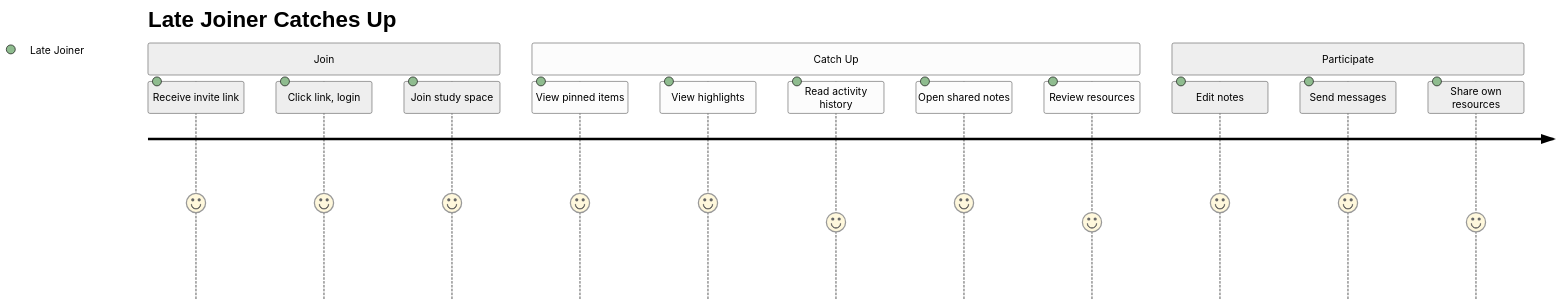
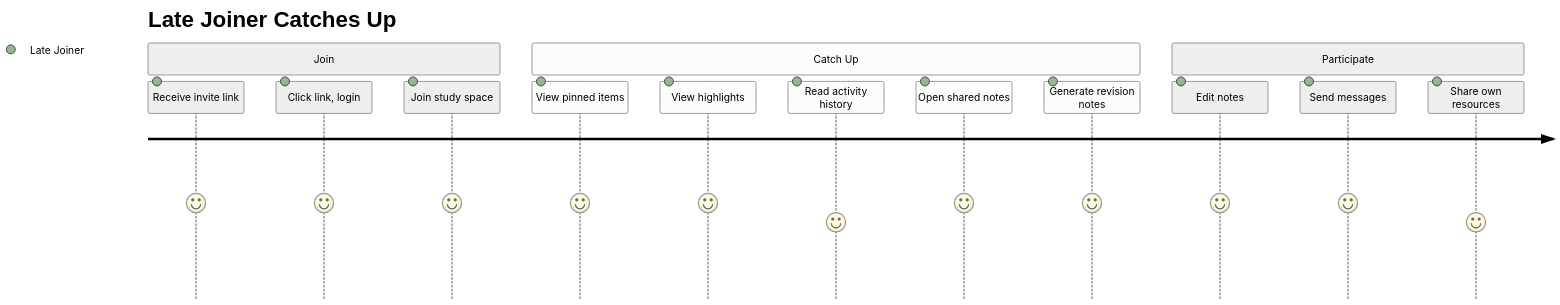
Diagram 14 of 19 in README.md (Priyansh9506/Hive), drawn with Mermaid (neutral theme) before and after one commit. The commit also changed other lines of this file and 52 other files, not shown here.

````diff
--- a/README.md
+++ b/README.md
@@ -851,18 +1110,18 @@
 ```mermaid
 journey
     title Late Joiner Catches Up
     section Join
       Receive invite link: 5: Late Joiner
       Click link, login: 5: Late Joiner
       Join study space: 5: Late Joiner
     section Catch Up
       View pinned items: 5: Late Joiner
       View highlights: 5: Late Joiner
       Read activity history: 4: Late Joiner
       Open shared notes: 5: Late Joiner
-      Review resources: 4: Late Joiner
+      Generate revision notes: 5: Late Joiner
     section Participate
       Edit notes: 5: Late Joiner
       Send messages: 5: Late Joiner
       Share own resources: 4: Late Joiner
 ```
````
